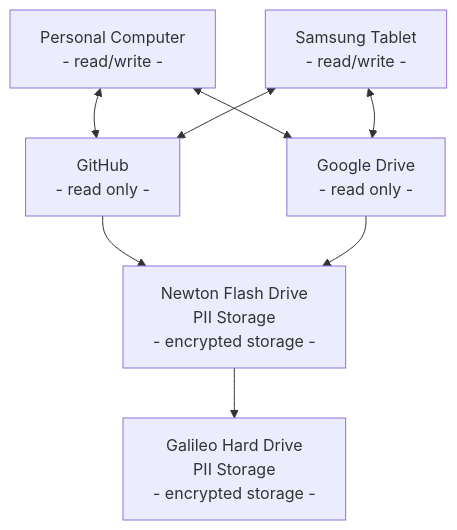
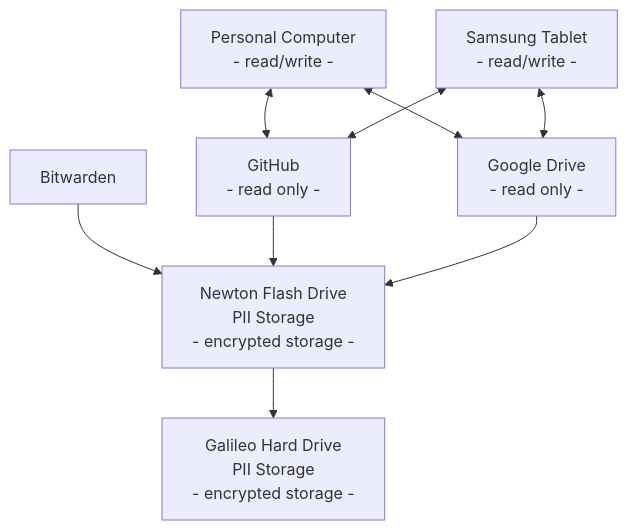
One commit to weiwei-lab19/General-Resources changed the diagram in file-backup.md. Above: the diagram before and after it, drawn with Mermaid.

````diff
--- a/file-backup.md
+++ b/file-backup.md
@@ -12,17 +12,19 @@
 ```mermaid
 graph TD
     PC[Personal Computer<br/> - read/write - ]
     GH[GitHub<br/> - read only -]
     GD[Google Drive<br/> - read only - ]
     TAB[Samsung Tablet<br/> - read/write -]
     USB1[Newton Flash Drive <br/>PII Storage<br/> - encrypted storage - ]
     USB2[Galileo Hard Drive <br/>PII Storage<br/> - encrypted storage - ]
+    BW[Bitwarden] 
     
     PC <--> GH
     PC <--> GD
     TAB <--> GH
     TAB <--> GD
+    BW --> USB1
     GH --> USB1
     GD --> USB1
     USB1 --> USB2
 ```
````
